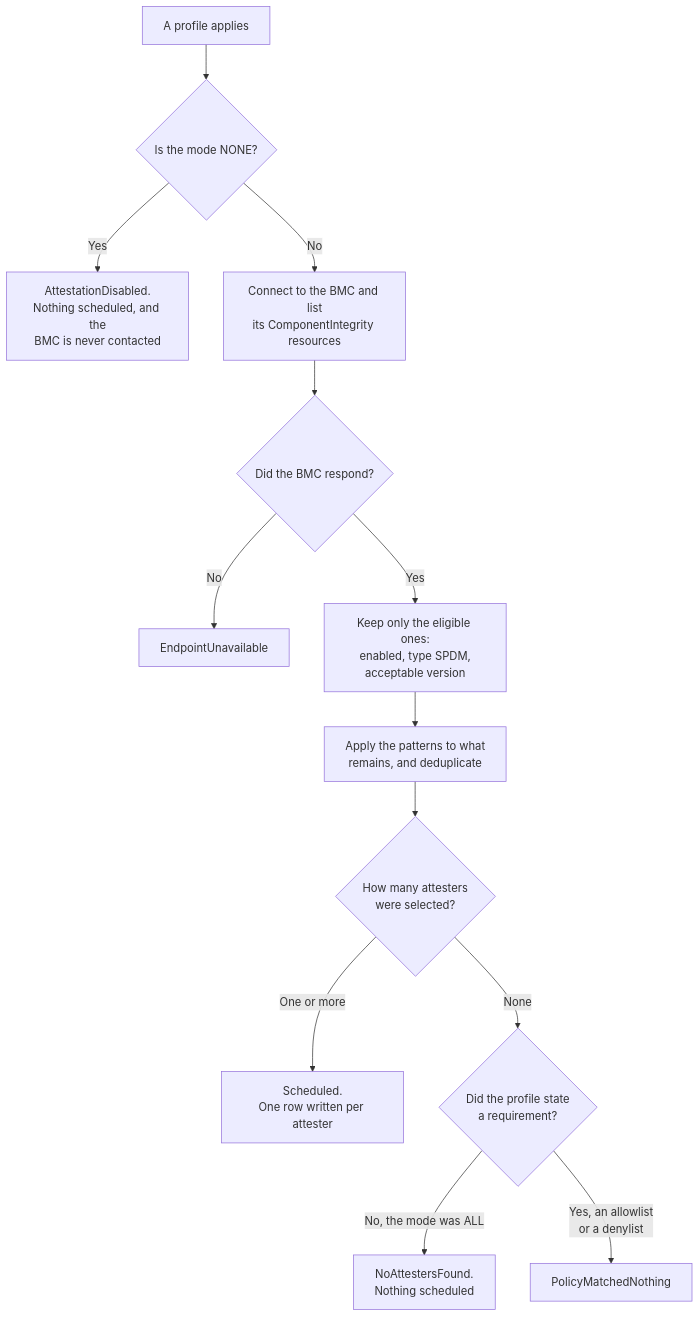
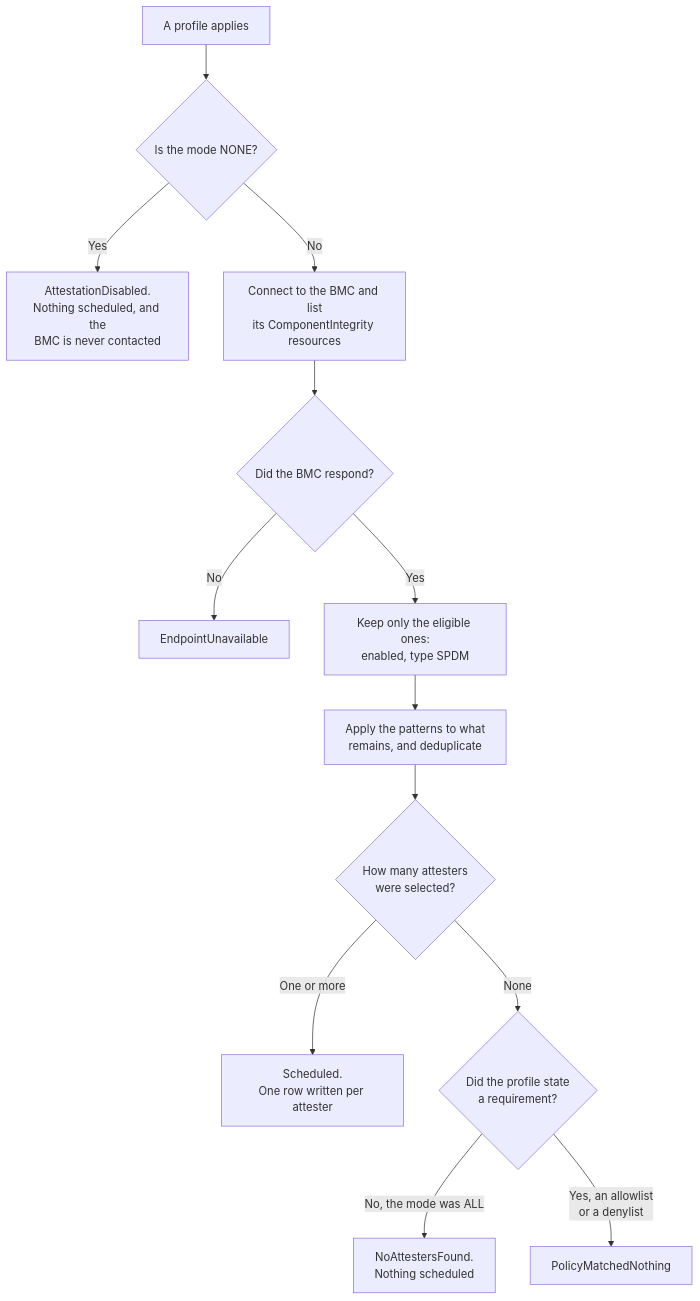
Before and after one commit to dsx-ai-factory/infra-controller: the second of 3 diagrams in docs/design/attestation/attestation-profiles.md, drawn with Mermaid. The commit also changed other lines of this file and 13 other files, not shown here.

````diff
--- a/docs/design/attestation/attestation-profiles.md
+++ b/docs/design/attestation/attestation-profiles.md
@@ -326,20 +305,20 @@
 ```mermaid
 flowchart TD
     P["A profile applies"] --> Q1{"Is the mode NONE?"}
 
     Q1 -->|"Yes"| O1["AttestationDisabled.<br/>Nothing scheduled, and the<br/>BMC is never contacted"]
     Q1 -->|"No"| S0["Connect to the BMC and list<br/>its ComponentIntegrity resources"]
 
     S0 --> Q2{"Did the BMC respond?"}
     Q2 -->|"No"| O2["EndpointUnavailable"]
-    Q2 -->|"Yes"| S1["Keep only the eligible ones:<br/>enabled, type SPDM,<br/>acceptable version"]
+    Q2 -->|"Yes"| S1["Keep only the eligible ones:<br/>enabled, type SPDM"]
 
     S1 --> S2["Apply the patterns to what<br/>remains, and deduplicate"]
     S2 --> Q3{"How many attesters<br/>were selected?"}
 
     Q3 -->|"One or more"| O3["Scheduled.<br/>One row written per attester"]
     Q3 -->|"None"| Q4{"Did the profile state<br/>a requirement?"}
 
     Q4 -->|"No, the mode was ALL"| O4["NoAttestersFound.<br/>Nothing scheduled"]
     Q4 -->|"Yes, an allowlist<br/>or a denylist"| O5["PolicyMatchedNothing"]
 ```
````
